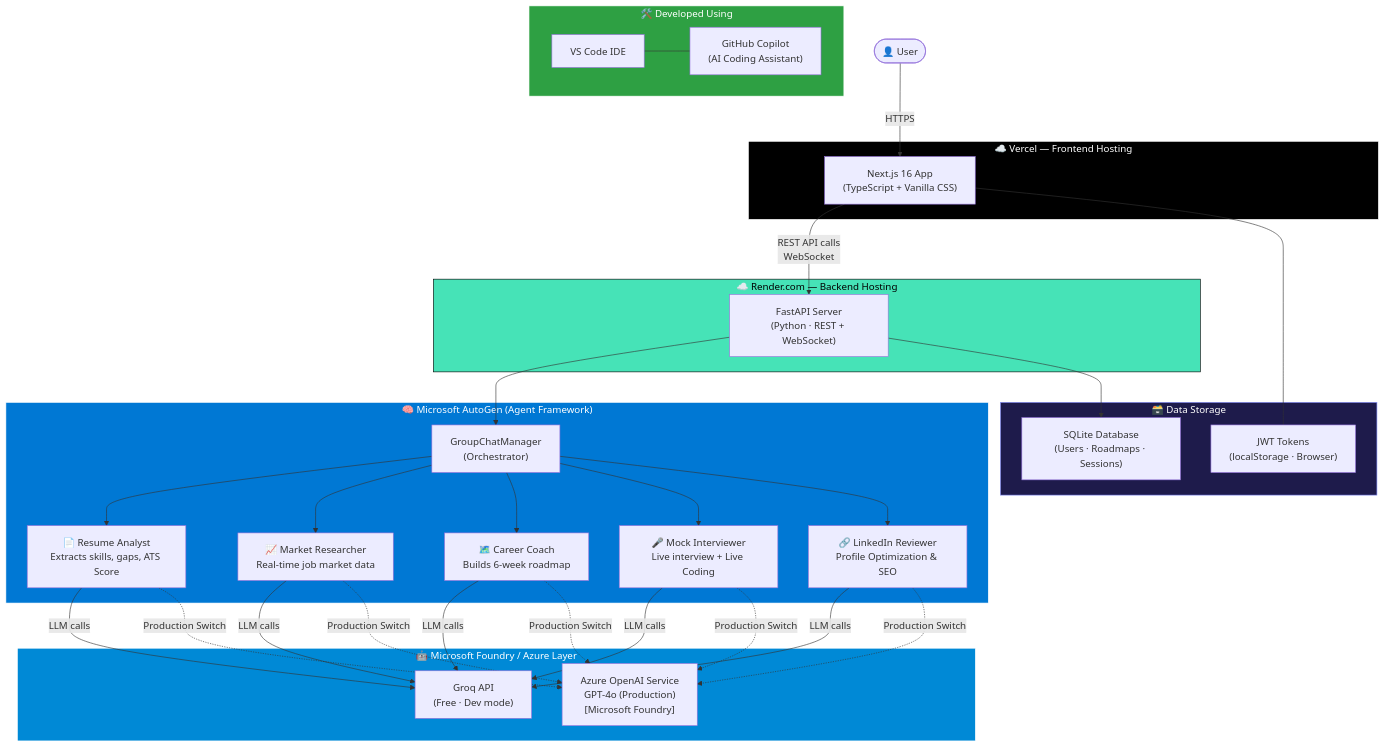
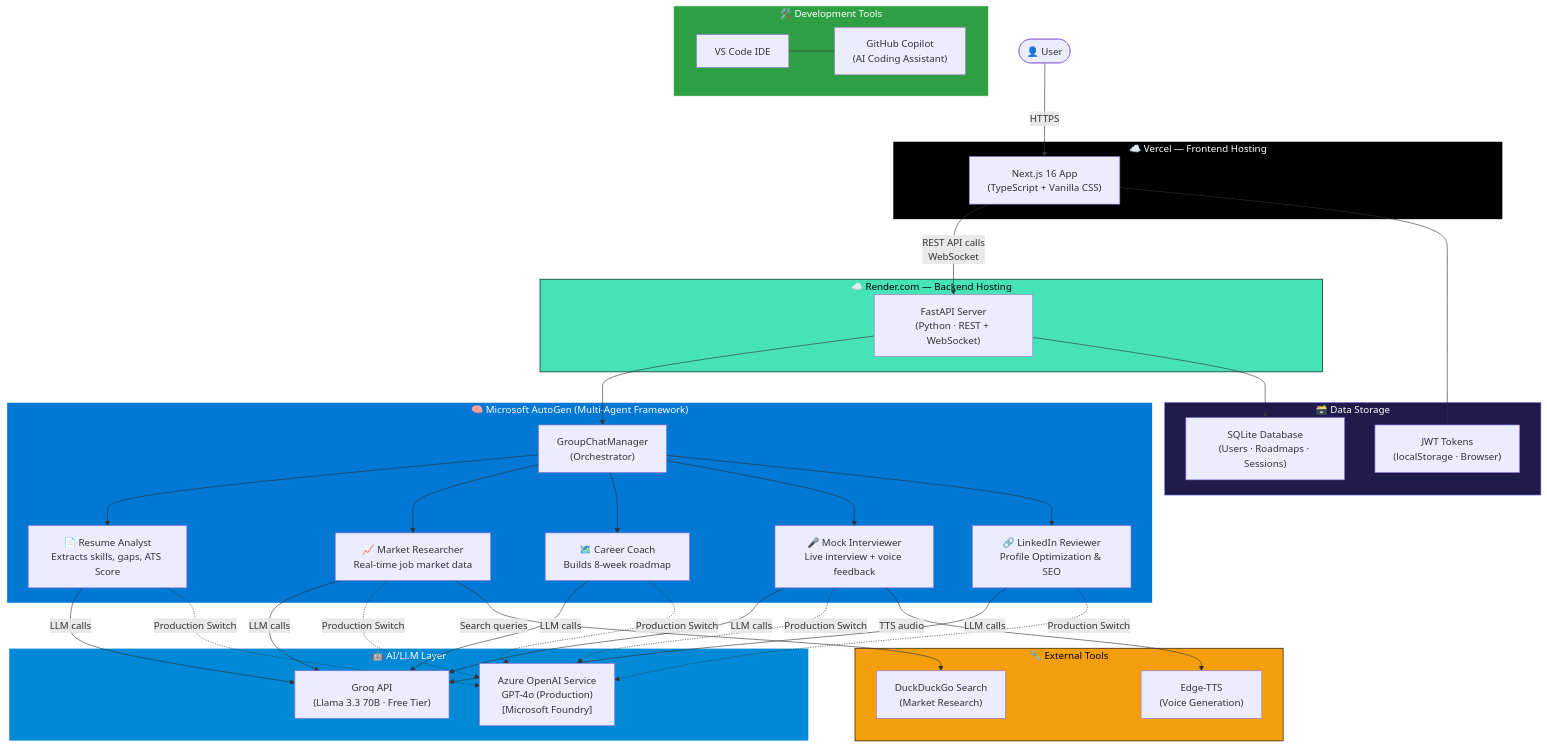
Before and after one commit to Anil-Pradhan-web/ai-career-mentor: the diagram in README.md, drawn with Mermaid. The commit also changed other lines of this file and 1 other file, not shown here.

First line of the commit message:
Update README with comprehensive project analysis and unified architecture

````diff
--- a/README.md
+++ b/README.md
@@ -65,51 +57,59 @@
 ```mermaid
 flowchart TD
     User(["👤 User"])
 
-    subgraph DevTools ["🛠️ Developed Using"]
+    subgraph DevTools ["🛠️ Development Tools"]
         VSCODE["VS Code IDE"] --- COPILOT["GitHub Copilot\n(AI Coding Assistant)"]
     end
 
     subgraph Vercel ["☁️ Vercel — Frontend Hosting"]
         FE["Next.js 16 App\n(TypeScript + Vanilla CSS)"]
     end
 
     subgraph Render ["☁️ Render.com — Backend Hosting"]
         API["FastAPI Server\n(Python · REST + WebSocket)"]
     end
 
-    subgraph Agents ["🧠 Microsoft AutoGen (Agent Framework)"]
+    subgraph Agents ["🧠 Microsoft AutoGen (Multi-Agent Framework)"]
         ORCH["GroupChatManager\n(Orchestrator)"]
         A1["📄 Resume Analyst\nExtracts skills, gaps, ATS Score"]
         A2["📈 Market Researcher\nReal-time job market data"]
-        A3["🗺️ Career Coach\nBuilds 6-week roadmap"]
-        A4["🎤 Mock Interviewer\nLive interview + Live Coding"]
+        A3["🗺️ Career Coach\nBuilds 8-week roadmap"]
+        A4["🎤 Mock Interviewer\nLive interview + voice feedback"]
         A5["🔗 LinkedIn Reviewer\nProfile Optimization & SEO"]
     end
 
-    subgraph LLM ["🤖 Microsoft Foundry / Azure Layer"]
-        GROQ["Groq API\n(Free · Dev mode)"]
+    subgraph LLM ["🤖 AI/LLM Layer"]
+        GROQ["Groq API\n(Llama 3.3 70B · Free Tier)"]
         AZURE["Azure OpenAI Service\nGPT-4o (Production)\n[Microsoft Foundry]"]
+    end
+
+    subgraph Tools ["🔧 External Tools"]
+        DDG["DuckDuckGo Search\n(Market Research)"]
+        TTS["Edge-TTS\n(Voice Generation)"]
     end
 
     subgraph DB ["🗃️ Data Storage"]
         SQLITE["SQLite Database\n(Users · Roadmaps · Sessions)"]
         JWT["JWT Tokens\n(localStorage · Browser)"]
     end
 
     User -->|"HTTPS"| FE
     FE -->|"REST API calls\nWebSocket"| API
     API --> ORCH
     ORCH --> A1 & A2 & A3 & A4 & A5
     A1 & A2 & A3 & A4 & A5 -->|"LLM calls"| GROQ
     A1 & A2 & A3 & A4 & A5 -.->|"Production Switch"| AZURE
+    A2 -->|"Search queries"| DDG
+    A4 -->|"TTS audio"| TTS
     API --> SQLITE
     FE --- JWT
 
     style Vercel fill:#000,stroke:#fff,color:#fff
     style Render fill:#46E3B7,stroke:#000,color:#000
     style Agents fill:#0078D4,stroke:#fff,color:#fff
     style LLM fill:#0089D6,stroke:#fff,color:#fff
     style DB fill:#1e1b4b,stroke:#818cf8,color:#fff
     style DevTools fill:#2ea043,stroke:#fff,color:#fff
+    style Tools fill:#f59e0b,stroke:#000,color:#000
 ```
````
